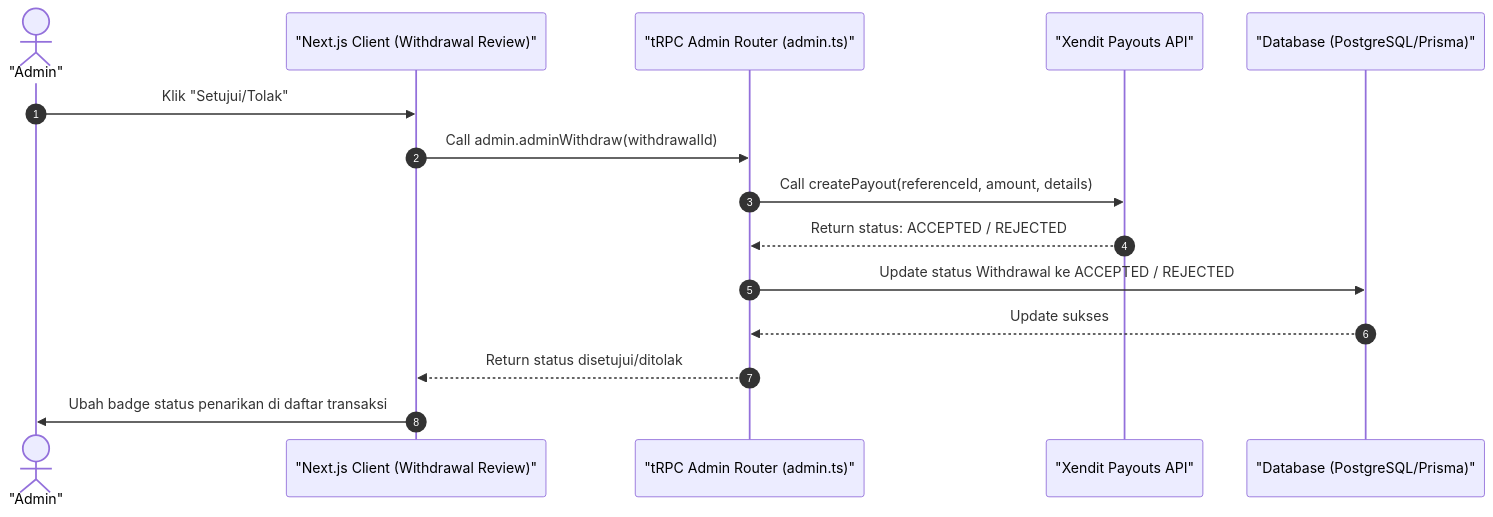
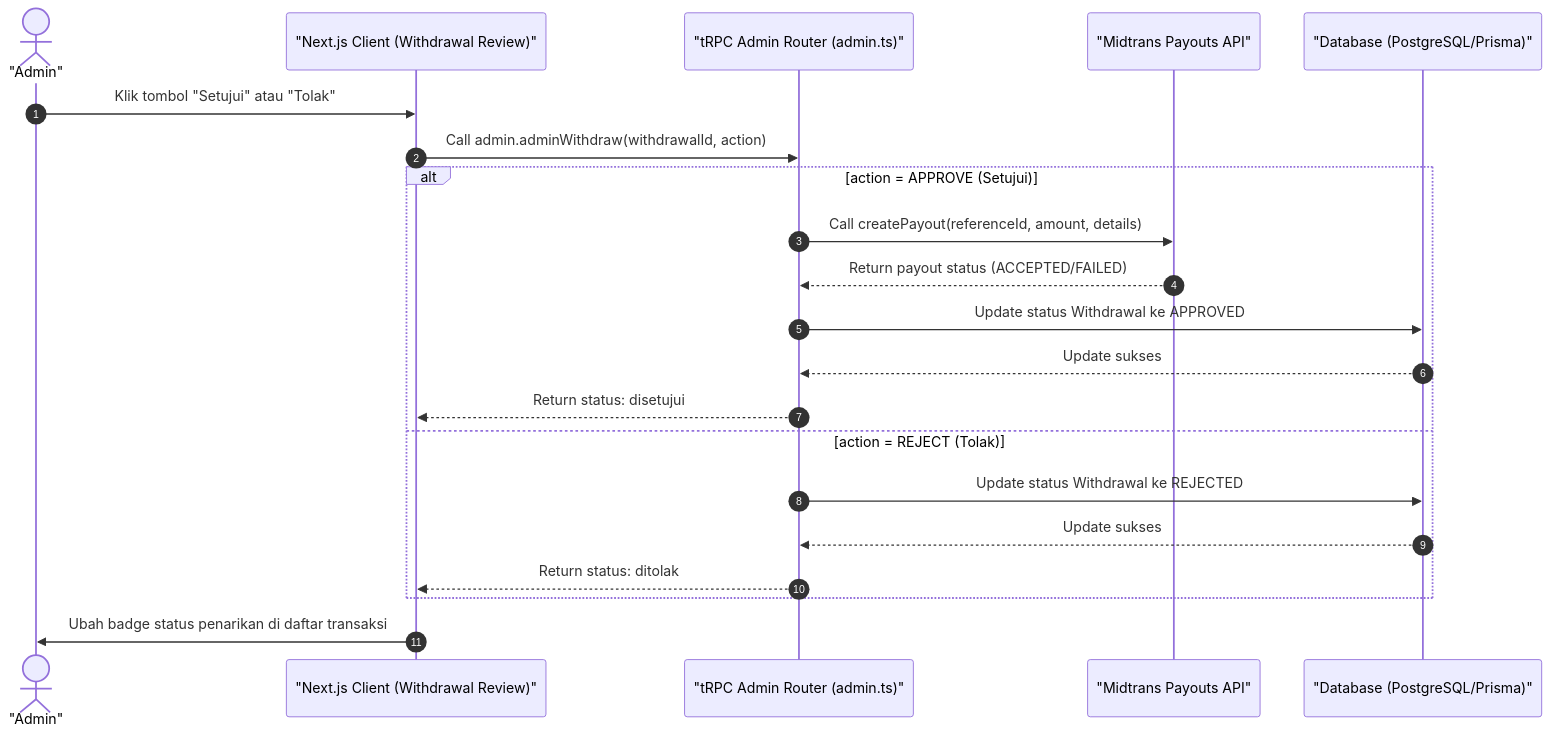
One commit to luputer/CuanIN changed the diagram in docs/12-admin-withdrawal-confirm.md. Above: the diagram before and after it, drawn with Mermaid. The commit also changed other lines of this file and 7 other files, not shown here.

Commit message:
perbaiki sequence

````diff
--- a/docs/12-admin-withdrawal-confirm.md
+++ b/docs/12-admin-withdrawal-confirm.md
@@ -5,19 +5,27 @@
 ```mermaid
 sequenceDiagram
     autonumber
     actor Admin as "Admin"
     participant Client as "Next.js Client (Withdrawal Review)"
     participant Server as "tRPC Admin Router (admin.ts)"
-    participant Xendit as "Xendit Payouts API"
+    participant Midtrans as "Midtrans Payouts API"
     participant DB as "Database (PostgreSQL/Prisma)"
 
-    Admin->>Client: Klik "Setujui/Tolak"
-    Client->>Server: Call admin.adminWithdraw(withdrawalId)
-    Server->>Xendit: Call createPayout(referenceId, amount, details)
-    Xendit-->>Server: Return status: ACCEPTED / REJECTED
-    Server->>DB: Update status Withdrawal ke ACCEPTED / REJECTED
-    DB-->>Server: Update sukses
-    Server-->>Client: Return status disetujui/ditolak
+    Admin->>Client: Klik tombol "Setujui" atau "Tolak"
+    Client->>Server: Call admin.adminWithdraw(withdrawalId, action)
+
+    alt action = APPROVE (Setujui)
+        Server->>Midtrans: Call createPayout(referenceId, amount, details)
+        Midtrans-->>Server: Return payout status (ACCEPTED/FAILED)
+        Server->>DB: Update status Withdrawal ke APPROVED
+        DB-->>Server: Update sukses
+        Server-->>Client: Return status: disetujui
+    else action = REJECT (Tolak)
+        Server->>DB: Update status Withdrawal ke REJECTED
+        DB-->>Server: Update sukses
+        Server-->>Client: Return status: ditolak
+    end
+
     Client->>Admin: Ubah badge status penarikan di daftar transaksi
 
 ```
````
